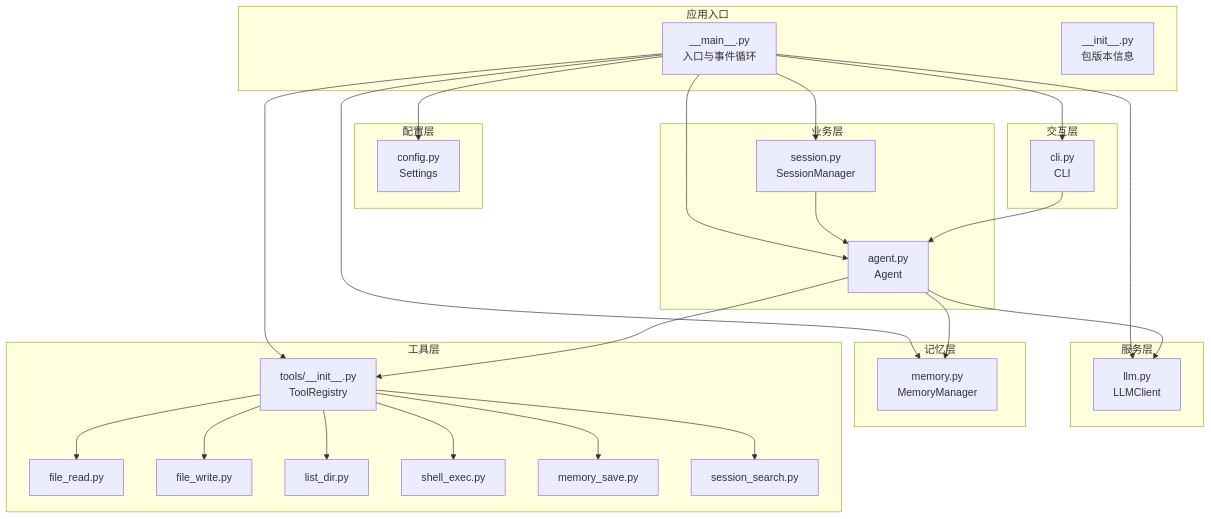
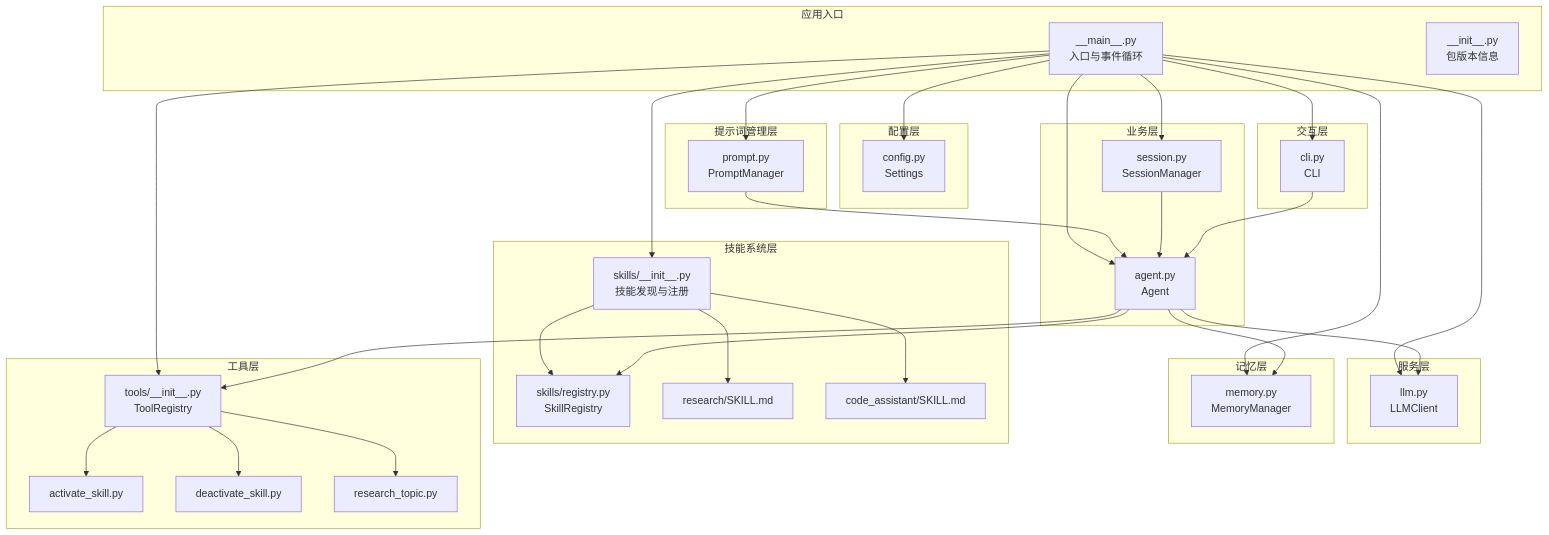
The first of 5 diagrams in .qoder/repowiki/zh/content/核心模块详解/入口点和初始化.md (250shiwo/MySmallAgent), drawn with Mermaid before and after one commit. The commit also changed other lines of this file and 23 other files, not shown here.

````diff
--- a/.qoder/repowiki/zh/content/核心模块详解/入口点和初始化.md
+++ b/.qoder/repowiki/zh/content/核心模块详解/入口点和初始化.md
@@ -64,50 +68,60 @@
 ```mermaid
 graph TB
 subgraph "应用入口"
 M["__main__.py<br/>入口与事件循环"]
 I["__init__.py<br/>包版本信息"]
 end
 subgraph "配置层"
 C["config.py<br/>Settings"]
 end
 subgraph "服务层"
 L["llm.py<br/>LLMClient"]
 end
 subgraph "记忆层"
 MM["memory.py<br/>MemoryManager"]
 end
+subgraph "技能系统层"
+SS["skills/__init__.py<br/>技能发现与注册"]
+SR["skills/registry.py<br/>SkillRegistry"]
+SK1["research/SKILL.md"]
+SK2["code_assistant/SKILL.md"]
+end
+subgraph "提示词管理层"
+PM["prompt.py<br/>PromptManager"]
+end
 subgraph "工具层"
 R["tools/__init__.py<br/>ToolRegistry"]
-T1["file_read.py"]
-T2["file_write.py"]
-T3["list_dir.py"]
-T4["shell_exec.py"]
-T5["memory_save.py"]
-T6["session_search.py"]
+AT["activate_skill.py"]
+DT["deactivate_skill.py"]
+RT["research_topic.py"]
 end
 subgraph "业务层"
 A["agent.py<br/>Agent"]
 SM["session.py<br/>SessionManager"]
 end
 subgraph "交互层"
 CLI["cli.py<br/>CLI"]
 end
 M --> C
 M --> L
 M --> MM
+M --> SS
+M --> PM
 M --> R
 M --> A
 M --> SM
 M --> CLI
-R --> T1
-R --> T2
-R --> T3
-R --> T4
-R --> T5
-R --> T6
+SS --> SR
+SS --> SK1
+SS --> SK2
+PM --> A
+R --> AT
+R --> DT
+R --> RT
 A --> L
 A --> MM
 A --> R
+A --> SR
 SM --> A
 CLI --> A
 ```
````
